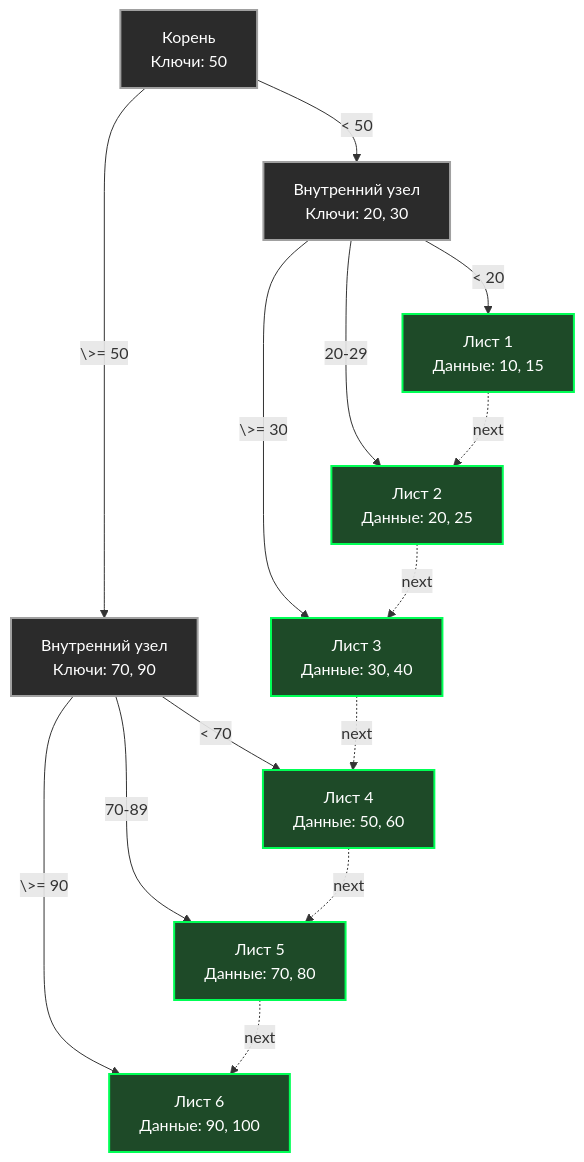
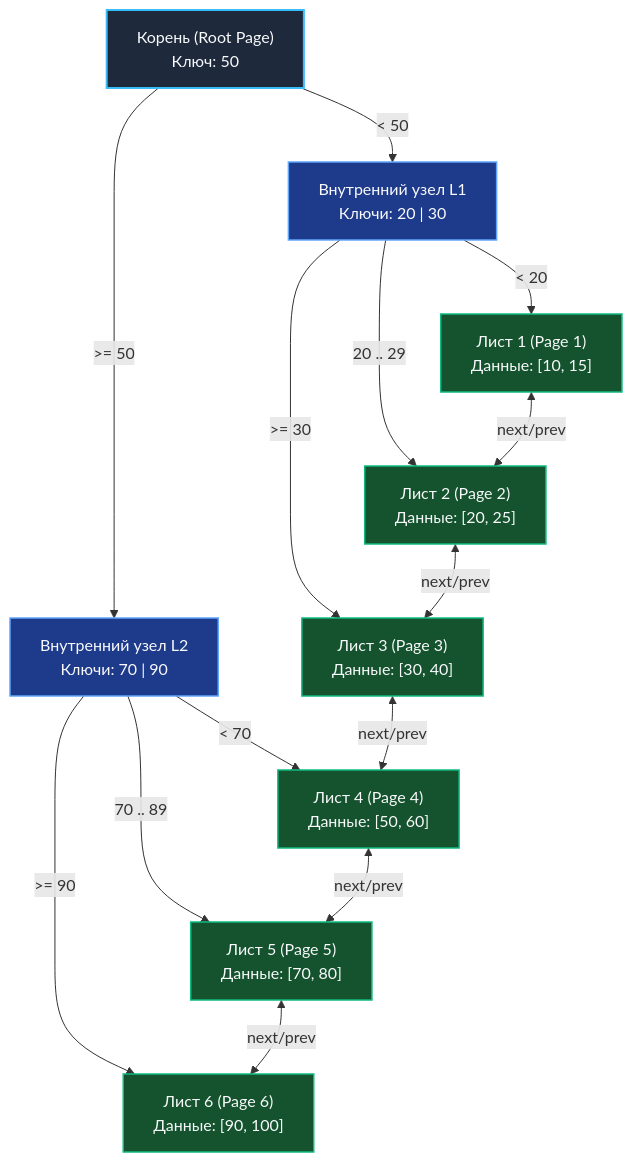
One commit to UnrealTemplier/go-textbook changed the diagram in sources/20. Алгоритмы и структуры данных (DSA) на Go/05. Сбалансированные деревья/3. B дерево и B+ дерево.md. Above: the diagram before and after it, drawn with Mermaid. The commit also changed other lines of this file, not shown here.

````diff
--- a/sources/20. Алгоритмы и структуры данных (DSA) на Go/05. Сбалансированные деревья/3. B дерево и B+ дерево.md
+++ b/sources/20. Алгоритмы и структуры данных (DSA) на Go/05. Сбалансированные деревья/3. B дерево и B+ дерево.md
@@ -38,42 +43,40 @@
 ```mermaid
 flowchart TD
-    Root["Корень<br>Ключи: 50"]
-    
-    L1_1["Внутренний узел<br>Ключи: 20, 30"]
-    L1_2["Внутренний узел<br>Ключи: 70, 90"]
-    
-    Leaf1["Лист 1<br>Данные: 10, 15"]
-    Leaf2["Лист 2<br>Данные: 20, 25"]
-    Leaf3["Лист 3<br>Данные: 30, 40"]
-    
-    Leaf4["Лист 4<br>Данные: 50, 60"]
-    Leaf5["Лист 5<br>Данные: 70, 80"]
-    Leaf6["Лист 6<br>Данные: 90, 100"]
-    
+    Root["Корень (Root Page)<br/>Ключ: 50"]
+
+    L1_1["Внутренний узел L1<br/>Ключи: 20 | 30"]
+    L1_2["Внутренний узел L2<br/>Ключи: 70 | 90"]
+
+    Leaf1["Лист 1 (Page 1)<br/>Данные: [10, 15]"]
+    Leaf2["Лист 2 (Page 2)<br/>Данные: [20, 25]"]
+    Leaf3["Лист 3 (Page 3)<br/>Данные: [30, 40]"]
+
+    Leaf4["Лист 4 (Page 4)<br/>Данные: [50, 60]"]
+    Leaf5["Лист 5 (Page 5)<br/>Данные: [70, 80]"]
+    Leaf6["Лист 6 (Page 6)<br/>Данные: [90, 100]"]
+
     Root -->|"< 50"| L1_1
-    Root -->|"\>= 50"| L1_2
-    
+    Root -->|">= 50"| L1_2
+
     L1_1 -->|"< 20"| Leaf1
-    L1_1 -->|"20-29"| Leaf2
-    L1_1 -->|"\>= 30"| Leaf3
-    
+    L1_1 -->|"20 .. 29"| Leaf2
+    L1_1 -->|">= 30"| Leaf3
+
     L1_2 -->|"< 70"| Leaf4
-    L1_2 -->|"70-89"| Leaf5
-    L1_2 -->|"\>= 90"| Leaf6
-    
-    Leaf1 -.->|"next"| Leaf2
-    Leaf2 -.->|"next"| Leaf3
-    Leaf3 -.->|"next"| Leaf4
-    Leaf4 -.->|"next"| Leaf5
-    Leaf5 -.->|"next"| Leaf6
-    
-    style Root fill:#2b2b2b,stroke:#a0a0a0,stroke-width:2px,color:#fff
-    style L1_1 fill:#2b2b2b,stroke:#a0a0a0,stroke-width:2px,color:#fff
-    style L1_2 fill:#2b2b2b,stroke:#a0a0a0,stroke-width:2px,color:#fff
-    style Leaf1 fill:#1e4a28,stroke:#00ff55,stroke-width:2px,color:#fff
-    style Leaf2 fill:#1e4a28,stroke:#00ff55,stroke-width:2px,color:#fff
-    style Leaf3 fill:#1e4a28,stroke:#00ff55,stroke-width:2px,color:#fff
-    style Leaf4 fill:#1e4a28,stroke:#00ff55,stroke-width:2px,color:#fff
-    style Leaf5 fill:#1e4a28,stroke:#00ff55,stroke-width:2px,color:#fff
-    style Leaf6 fill:#1e4a28,stroke:#00ff55,stroke-width:2px,color:#fff
+    L1_2 -->|"70 .. 89"| Leaf5
+    L1_2 -->|">= 90"| Leaf6
+
+    Leaf1 <-->|"next/prev"| Leaf2
+    Leaf2 <-->|"next/prev"| Leaf3
+    Leaf3 <-->|"next/prev"| Leaf4
+    Leaf4 <-->|"next/prev"| Leaf5
+    Leaf5 <-->|"next/prev"| Leaf6
+
+    classDef rootNode fill:#1e293b,stroke:#38bdf8,stroke-width:2px,color:#f8fafc;
+    classDef innerNode fill:#1e3a8a,stroke:#60a5fa,stroke-width:1.5px,color:#f8fafc;
+    classDef leafNode fill:#14532d,stroke:#10b981,stroke-width:1.5px,color:#f8fafc;
+
+    class Root rootNode;
+    class L1_1,L1_2 innerNode;
+    class Leaf1,Leaf2,Leaf3,Leaf4,Leaf5,Leaf6 leafNode;
 ```
````
